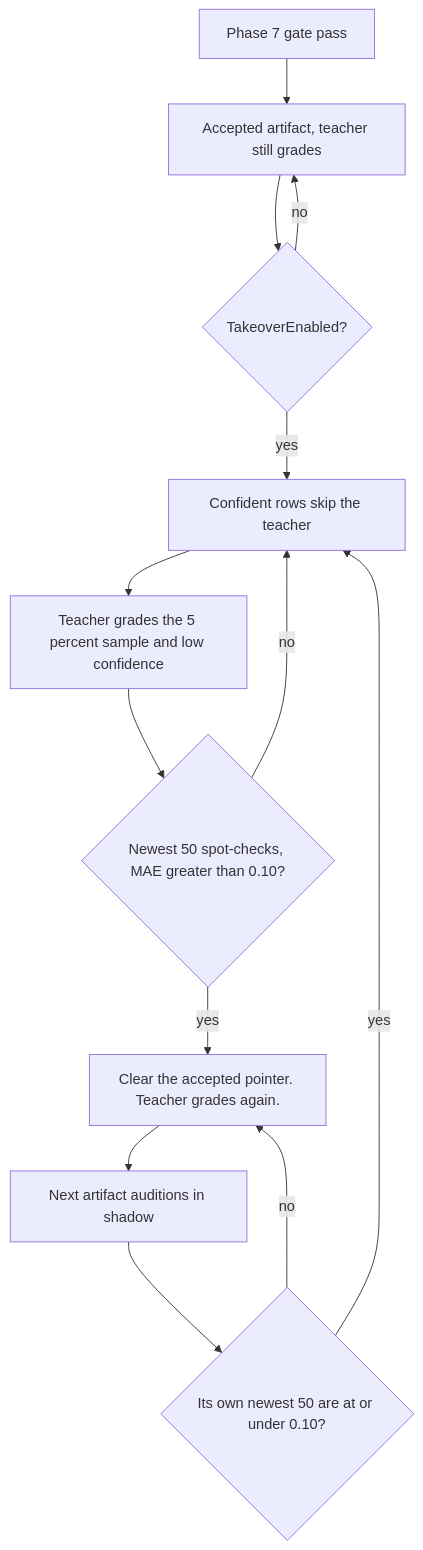
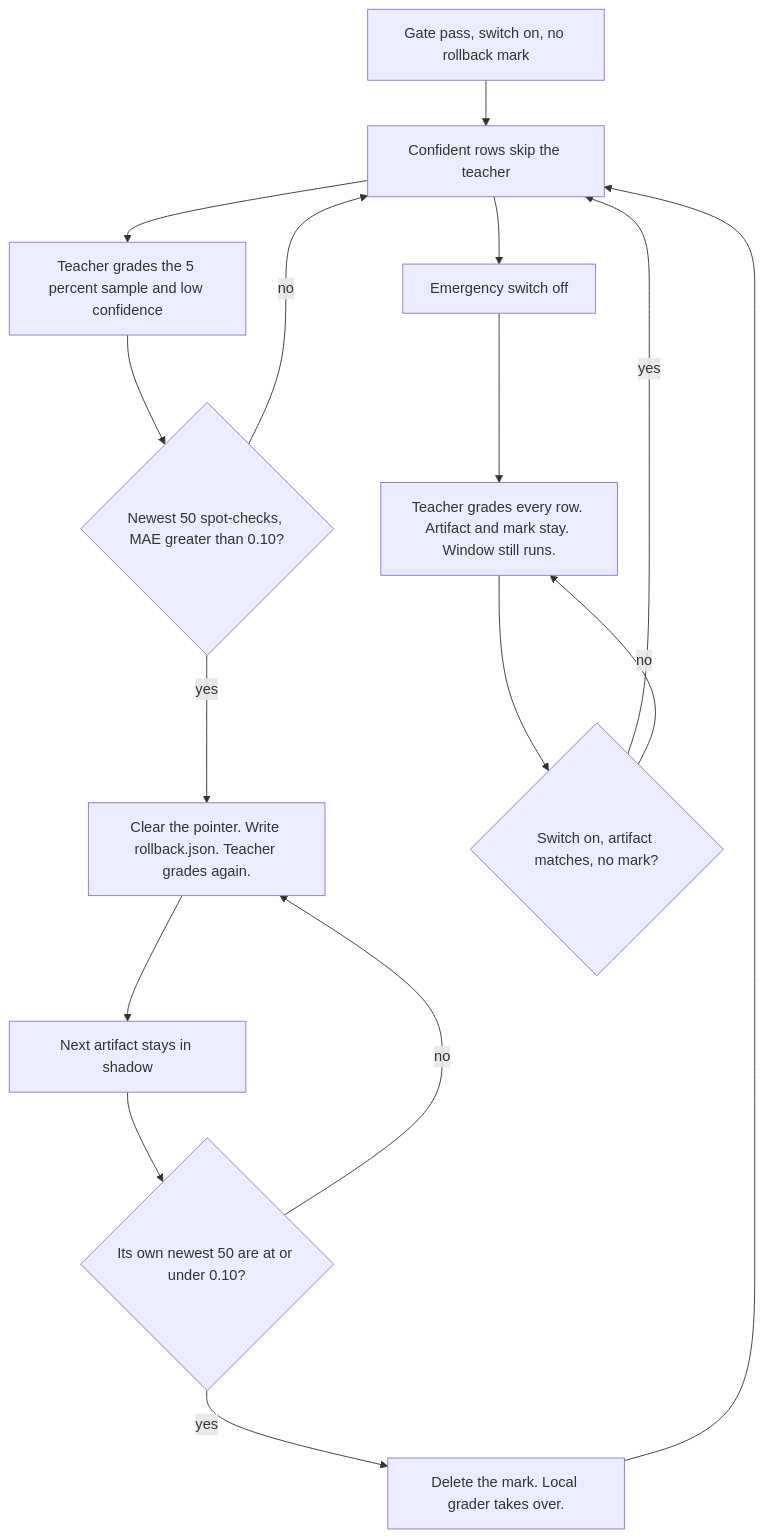
One commit to davidpizon/TotallyHot-ArcRouter changed the second of 2 diagrams in docs/adr/0027-grade-non-coding-responses-on-a-bootstrap-recipe-and-keep-them-out-of-code-tallies.md. Above: the diagram before and after it, drawn with Mermaid. The commit also changed other lines of this file and 4 other files, not shown here.

````diff
--- a/docs/adr/0027-grade-non-coding-responses-on-a-bootstrap-recipe-and-keep-them-out-of-code-tallies.md
+++ b/docs/adr/0027-grade-non-coding-responses-on-a-bootstrap-recipe-and-keep-them-out-of-code-tallies.md
@@ -229,15 +235,18 @@
 ```mermaid
 flowchart TD
-    gate[Phase 7 gate pass] --> shadow[Accepted artifact, teacher still grades]
-    shadow --> switch{TakeoverEnabled?}
-    switch -->|no| shadow
-    switch -->|yes| live[Confident rows skip the teacher]
+    gate[Gate pass, switch on, no rollback mark] --> live[Confident rows skip the teacher]
     live --> sample[Teacher grades the 5 percent sample and low confidence]
     sample --> bad{Newest 50 spot-checks, MAE greater than 0.10?}
     bad -->|no| live
-    bad -->|yes| back[Clear the accepted pointer. Teacher grades again.]
-    back --> audition[Next artifact auditions in shadow]
+    bad -->|yes| back[Clear the pointer. Write rollback.json. Teacher grades again.]
+    back --> audition[Next artifact stays in shadow]
     audition --> healthy{Its own newest 50 are at or under 0.10?}
-    healthy -->|yes| live
+    healthy -->|yes| clear[Delete the mark. Local grader takes over.]
     healthy -->|no| back
+    clear --> live
+    live --> off[Emergency switch off]
+    off --> teacher[Teacher grades every row. Artifact and mark stay. Window still runs.]
+    teacher --> on{Switch on, artifact matches, no mark?}
+    on -->|yes| live
+    on -->|no| teacher
 ```
````
